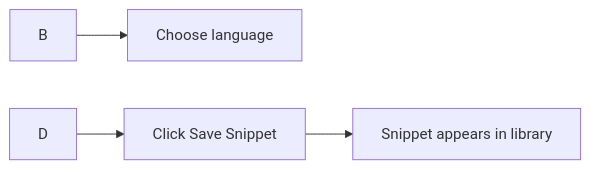
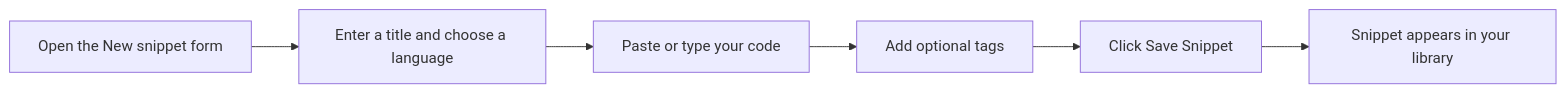
One commit to Mohita111/API2 changed the diagram in api2-documentation/plan_2026-11-02_f8890e/user-facing-docs/your-first-snippet-quick-start.md. Above: the diagram before and after it, drawn with Mermaid. The commit also changed other lines of this file and 11 other files, not shown here.

````diff
--- a/api2-documentation/plan_2026-11-02_f8890e/user-facing-docs/your-first-snippet-quick-start.md
+++ b/api2-documentation/plan_2026-11-02_f8890e/user-facing-docs/your-first-snippet-quick-start.md
@@ -9,6 +14,8 @@
 ```mermaid
 graph LR
-  B --> C[Choose language]
-  D --> E[Click Save Snippet]
-  E --> F[Snippet appears in library]
+  A["Open the New snippet form"] --> B["Enter a title and choose a language"]
+  B --> C["Paste or type your code"]
+  C --> D["Add optional tags"]
+  D --> E["Click Save Snippet"]
+  E --> F["Snippet appears in your library"]
 ```
````
